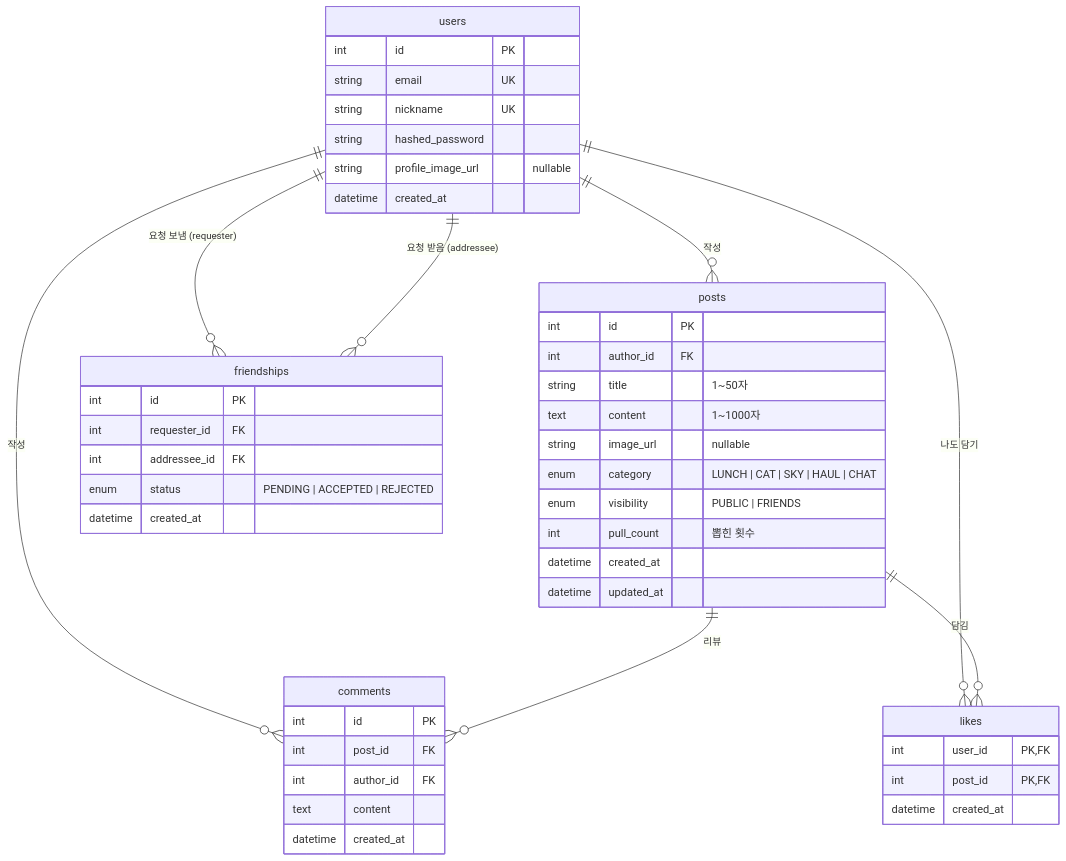
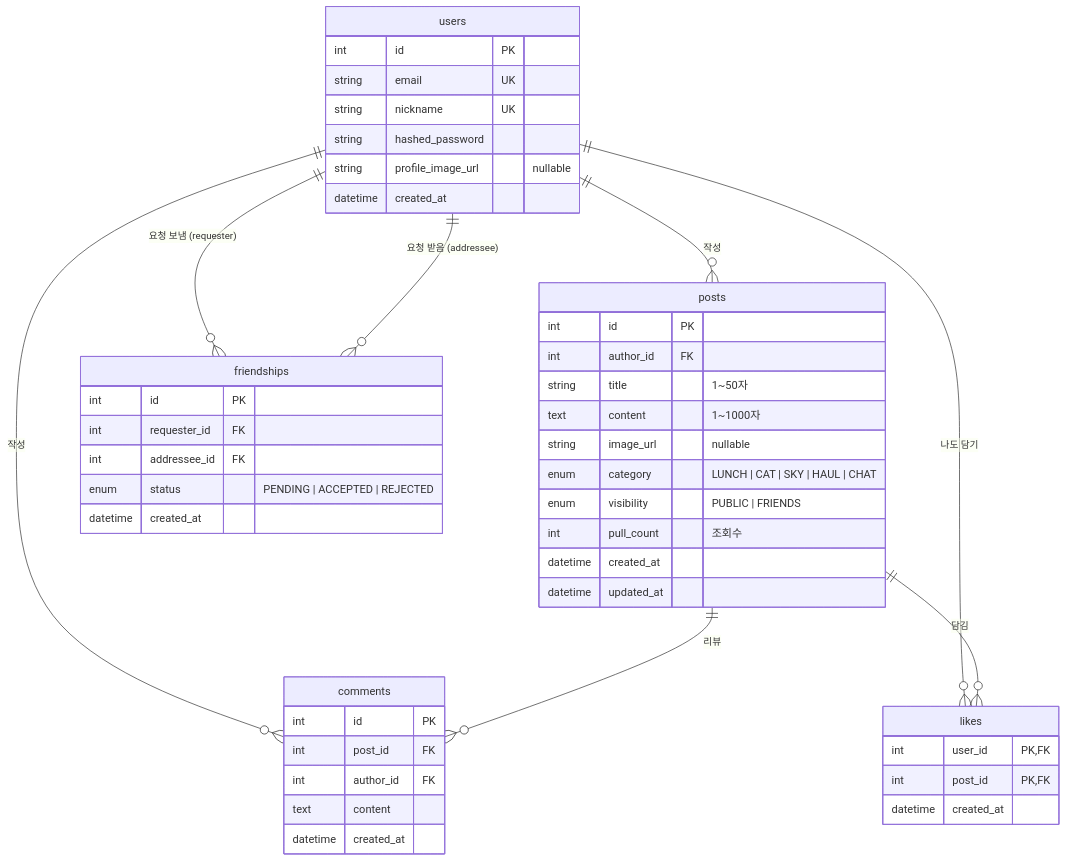
Before and after one commit to mjlee0914/fastapi-board-api: the diagram in README.md, drawn with Mermaid. The commit also changed other lines of this file and 9 other files, not shown here.

````diff
--- a/README.md
+++ b/README.md
@@ -255,50 +255,50 @@
 ```mermaid
 erDiagram
     users ||--o{ posts : "작성"
     users ||--o{ comments : "작성"
     users ||--o{ likes : "나도 담기"
     users ||--o{ friendships : "요청 보냄 (requester)"
     users ||--o{ friendships : "요청 받음 (addressee)"
     posts ||--o{ comments : "리뷰"
     posts ||--o{ likes : "담김"
 
     users {
         int id PK
         string email UK
         string nickname UK
         string hashed_password
         string profile_image_url "nullable"
         datetime created_at
     }
     posts {
         int id PK
         int author_id FK
         string title "1~50자"
         text content "1~1000자"
         string image_url "nullable"
         enum category "LUNCH | CAT | SKY | HAUL | CHAT"
         enum visibility "PUBLIC | FRIENDS"
-        int pull_count "뽑힌 횟수"
+        int pull_count "조회수"
         datetime created_at
         datetime updated_at
     }
     comments {
         int id PK
         int post_id FK
         int author_id FK
         text content
         datetime created_at
     }
     likes {
         int user_id PK, FK
         int post_id PK, FK
         datetime created_at
     }
     friendships {
         int id PK
         int requester_id FK
         int addressee_id FK
         enum status "PENDING | ACCEPTED | REJECTED"
         datetime created_at
     }
 ```
````
